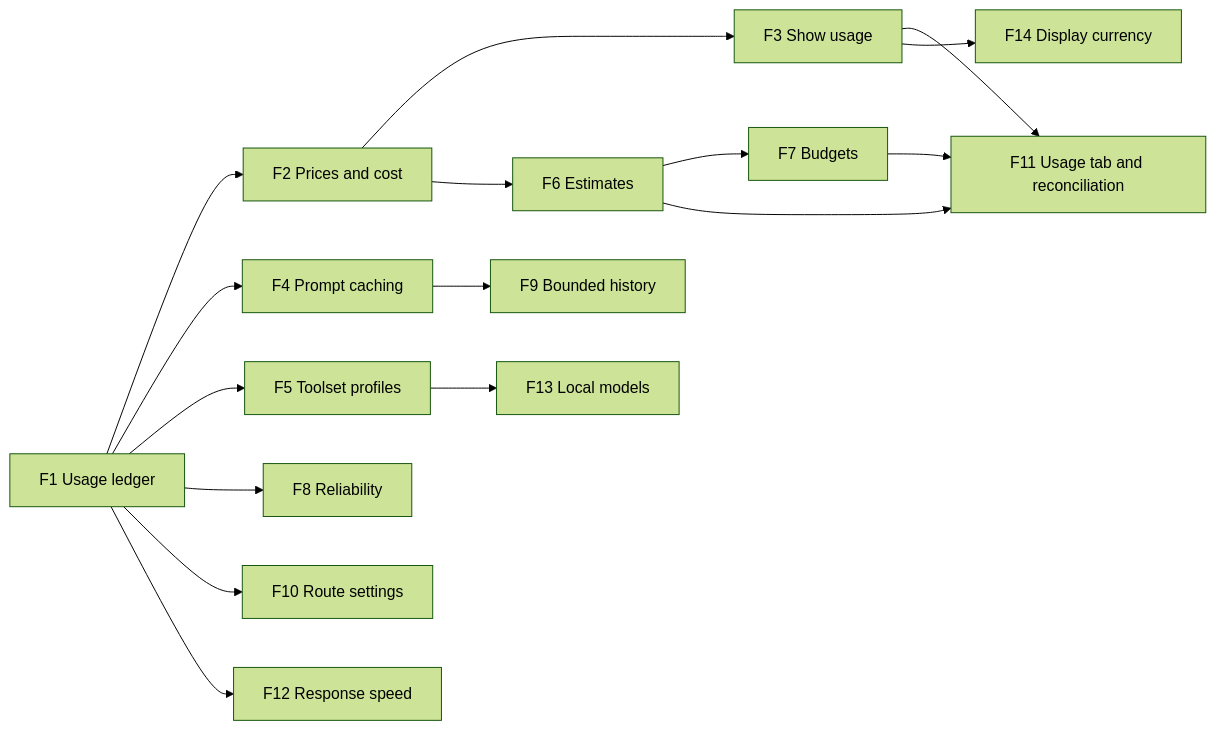
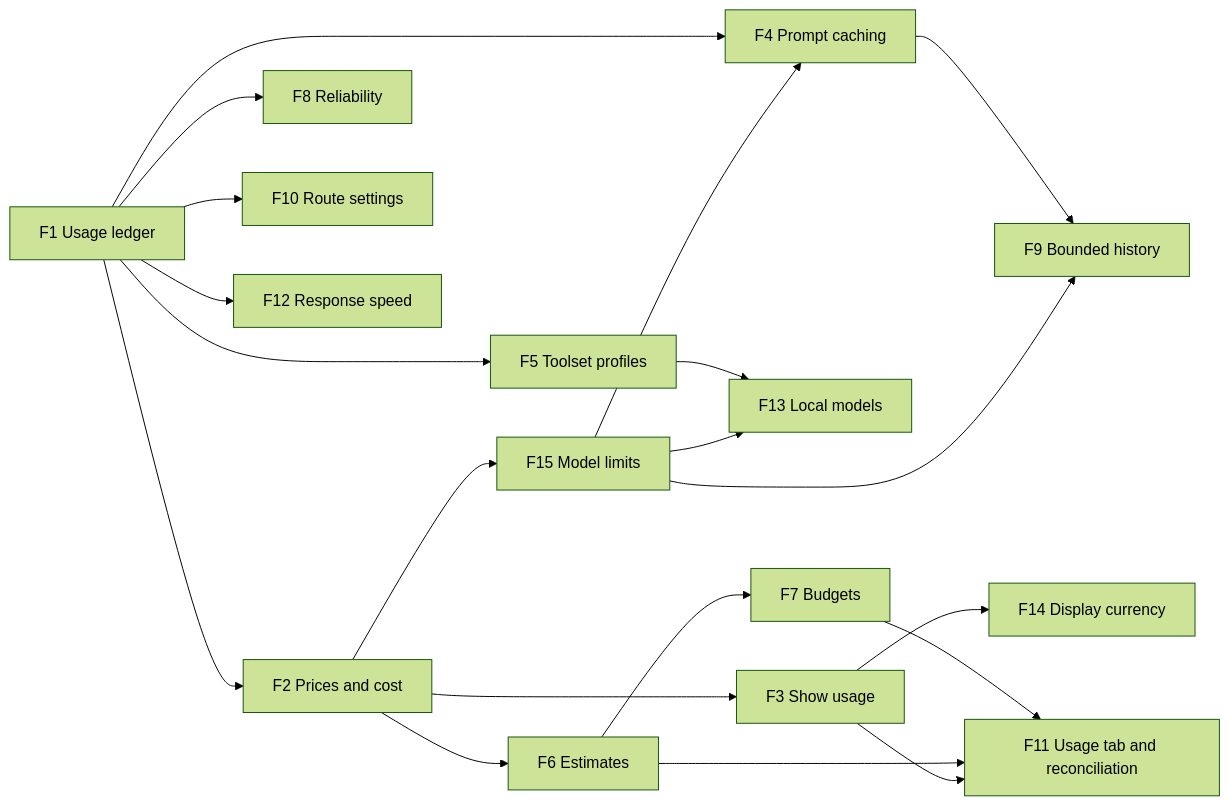
One commit to bosbevk/louis-agent changed the diagram in docs/features/README.md. Above: the diagram before and after it, drawn with Mermaid (forest theme). The commit also changed other lines of this file and 7 other files, not shown here.

First line of the commit message:
docs(features): F15 model limits, before F4

````diff
--- a/docs/features/README.md
+++ b/docs/features/README.md
@@ -45,18 +46,22 @@
 ```mermaid
 flowchart LR
     F1[F1 Usage ledger] --> F2[F2 Prices and cost]
+    F2 --> F15[F15 Model limits]
+    F15 --> F4
+    F15 --> F9
+    F15 --> F13
     F1 --> F4[F4 Prompt caching]
     F1 --> F5[F5 Toolset profiles]
     F1 --> F8[F8 Reliability]
     F1 --> F10[F10 Route settings]
     F2 --> F3[F3 Show usage]
     F2 --> F6[F6 Estimates]
     F6 --> F7[F7 Budgets]
     F4 --> F9[F9 Bounded history]
     F3 --> F11[F11 Usage tab and reconciliation]
     F6 --> F11
     F7 --> F11
     F1 --> F12[F12 Response speed]
     F5 --> F13[F13 Local models]
     F3 --> F14[F14 Display currency]
 ```
````
